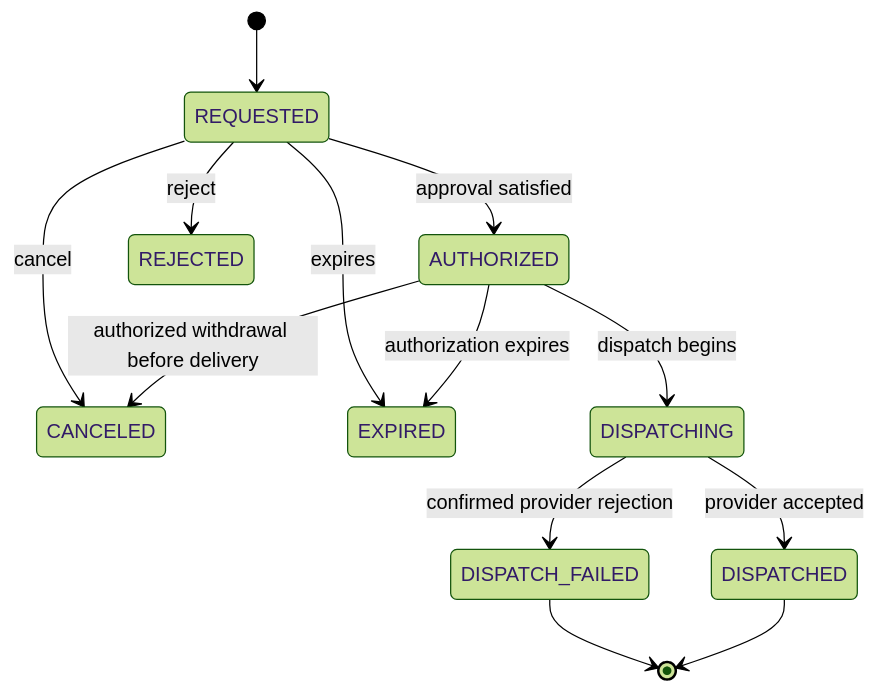
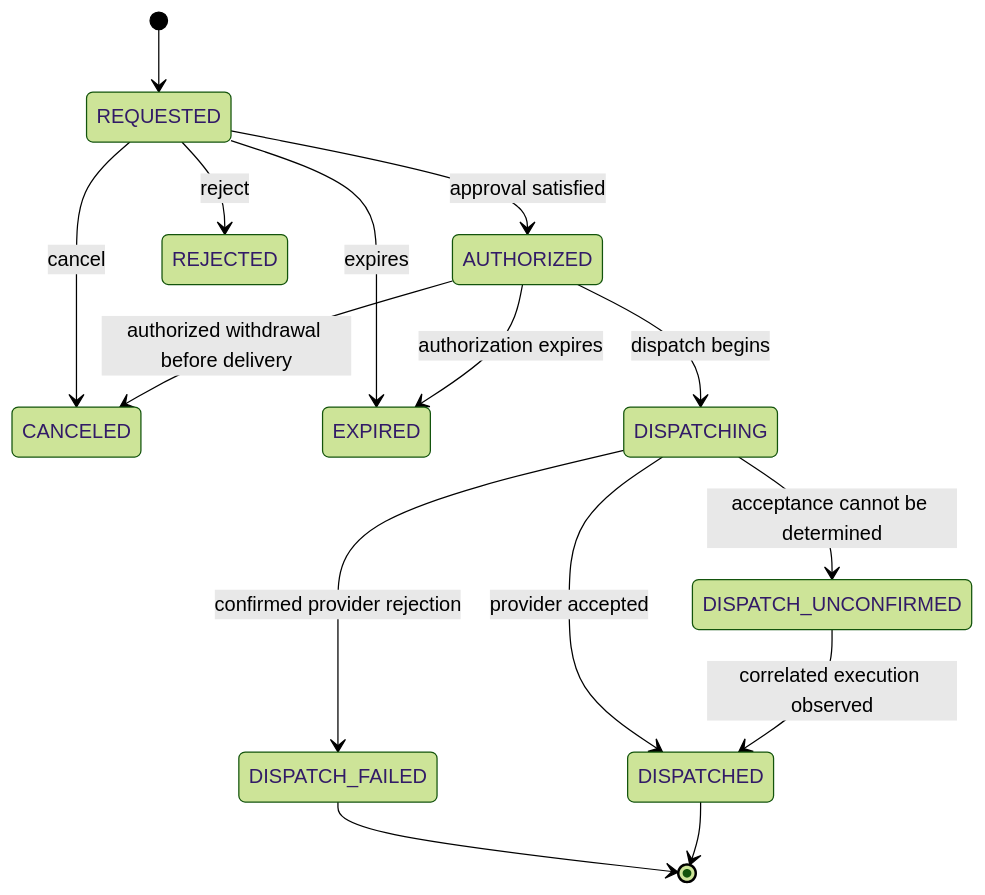
One commit to always0ne/batchplane changed the second of 4 diagrams in docs/domain-model.md. Above: the diagram before and after it, drawn with Mermaid (forest theme). The commit also changed other lines of this file and 63 other files, not shown here.

````diff
--- a/docs/domain-model.md
+++ b/docs/domain-model.md
@@ -241,15 +241,17 @@
 ```mermaid
 stateDiagram-v2
     [*] --> REQUESTED
     REQUESTED --> AUTHORIZED: approval satisfied
     REQUESTED --> REJECTED: reject
     REQUESTED --> CANCELED: cancel
     REQUESTED --> EXPIRED: expires
     AUTHORIZED --> CANCELED: authorized withdrawal before delivery
     AUTHORIZED --> DISPATCHING: dispatch begins
     AUTHORIZED --> EXPIRED: authorization expires
     DISPATCHING --> DISPATCHED: provider accepted
     DISPATCHING --> DISPATCH_FAILED: confirmed provider rejection
+    DISPATCHING --> DISPATCH_UNCONFIRMED: acceptance cannot be determined
+    DISPATCH_UNCONFIRMED --> DISPATCHED: correlated execution observed
     DISPATCH_FAILED --> [*]
     DISPATCHED --> [*]
 ```
````
